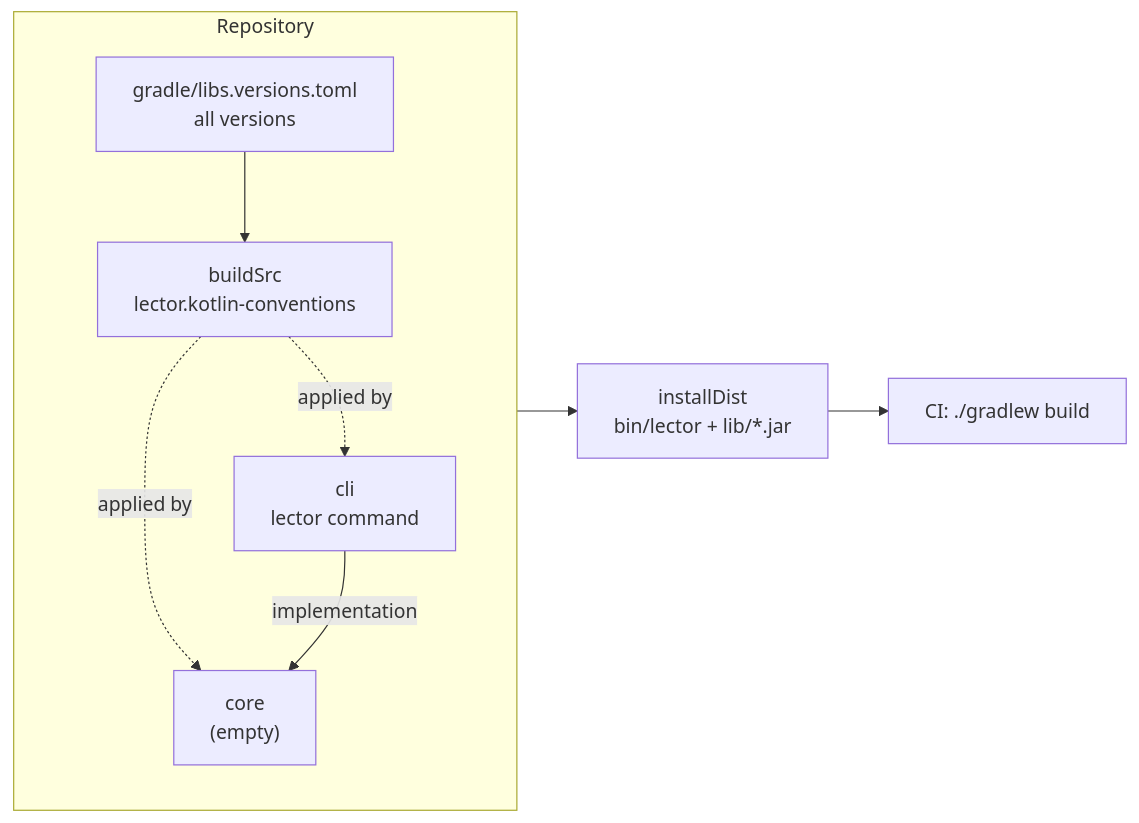
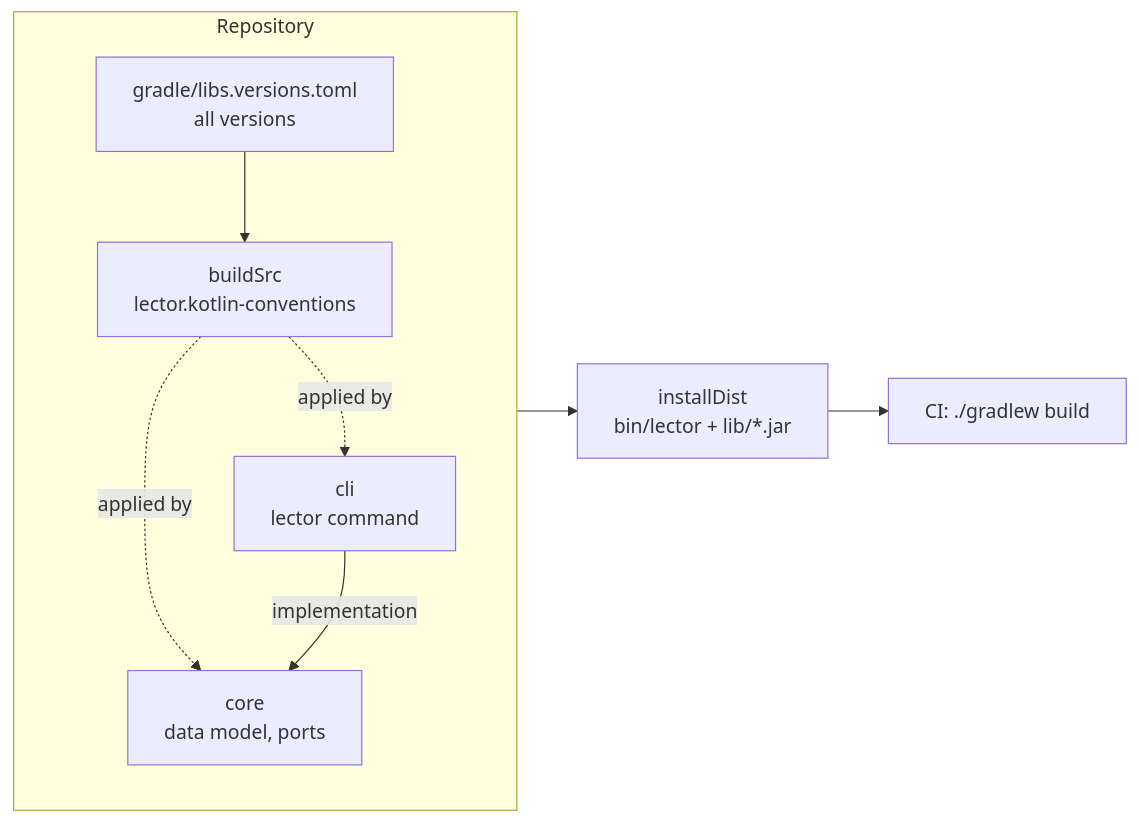
One commit to danvan86/lector-ai changed the first of 6 diagrams in docs/architecture/project-skeleton.md. Above: the diagram before and after it, drawn with Mermaid. The commit also changed other lines of this file and 3 other files, not shown here.

Commit message:
docs(architecture): document the verify pipeline and update the skeleton for M1

````diff
--- a/docs/architecture/project-skeleton.md
+++ b/docs/architecture/project-skeleton.md
@@ -18,16 +18,16 @@
 ```mermaid
 flowchart LR
     subgraph repo["Repository"]
         direction TB
         catalog["gradle/libs.versions.toml<br/>all versions"]
         buildSrc["buildSrc<br/>lector.kotlin-conventions"]
-        core["core<br/>(empty)"]
+        core["core<br/>data model, ports"]
         cli["cli<br/>lector command"]
     end
     catalog --> buildSrc
     buildSrc -. applied by .-> core
     buildSrc -. applied by .-> cli
     cli -- implementation --> core
     cli --> dist["installDist<br/>bin/lector + lib/*.jar"]
     dist --> ci["CI: ./gradlew build"]
 ```
````
